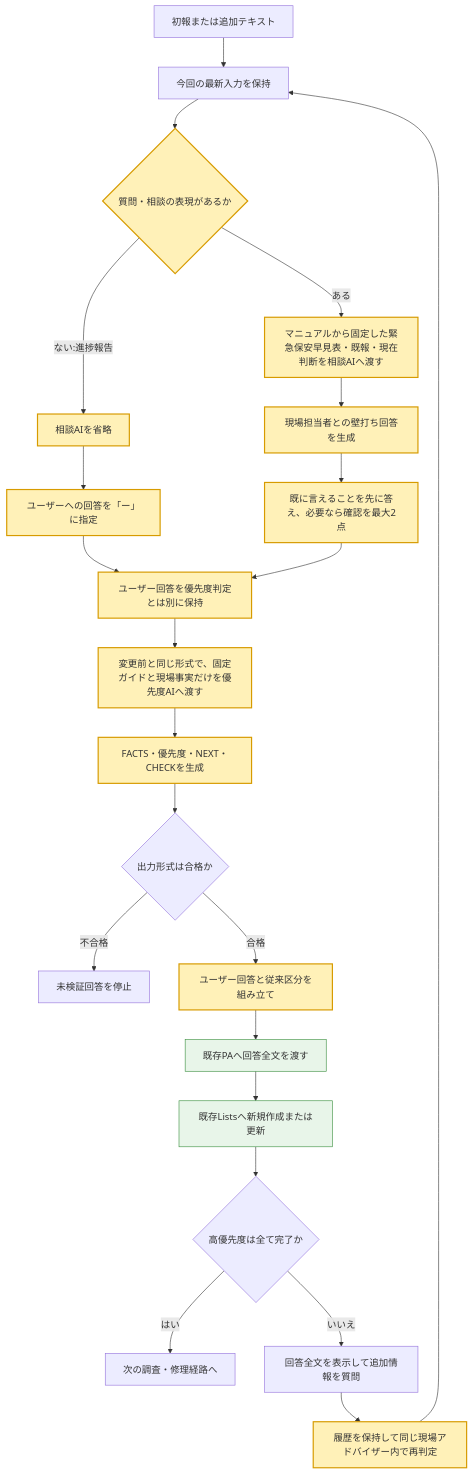
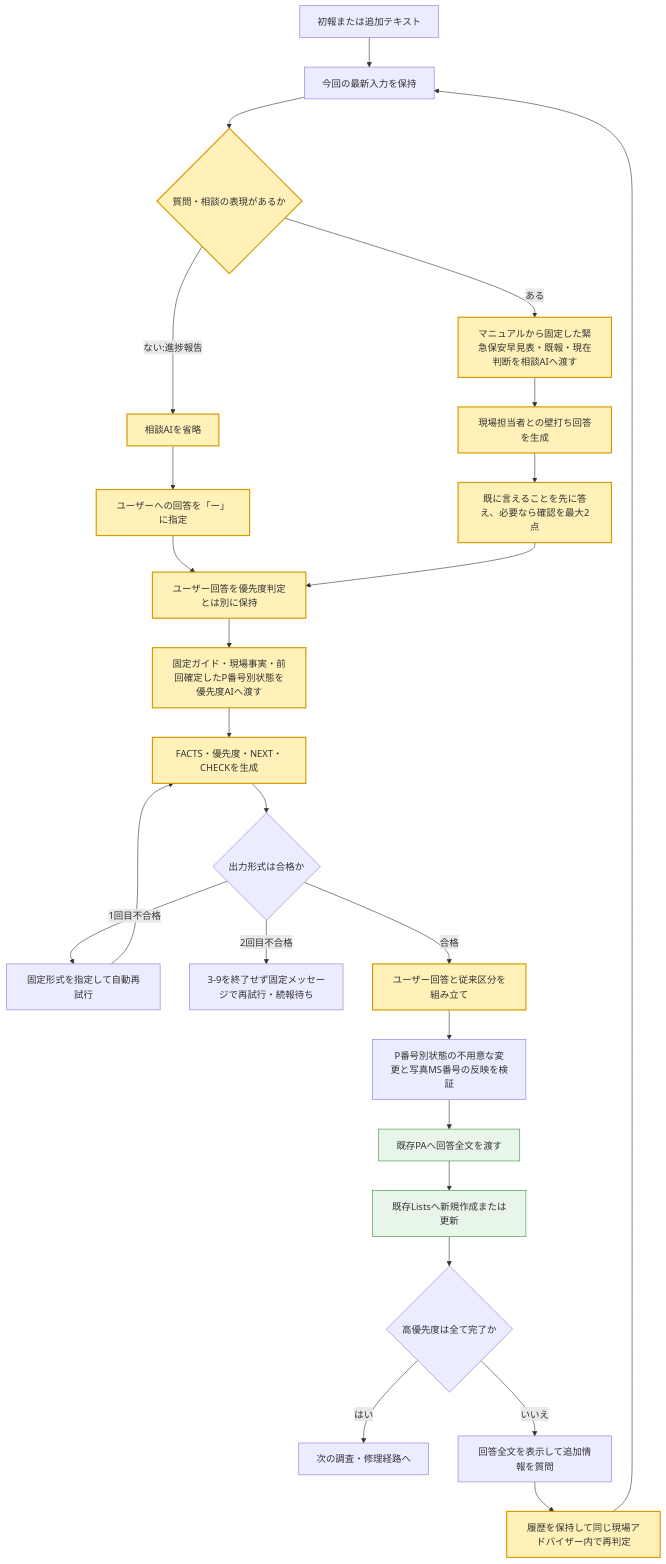
Before and after one commit to skuall555/TEST_COPA: the third of 6 diagrams in FIELD_CONSULT_IMAGE_FAST_20261116/変更前後フロー.md, drawn with Mermaid. The commit also changed other lines of this file and 16 other files, not shown here.

````diff
--- a/FIELD_CONSULT_IMAGE_FAST_20261116/変更前後フロー.md
+++ b/FIELD_CONSULT_IMAGE_FAST_20261116/変更前後フロー.md
@@ -64,29 +64,32 @@
 ```mermaid
 flowchart TD
     A[初報または追加テキスト] --> B[今回の最新入力を保持]
     B --> C{質問・相談の表現があるか}
     C -- ない:進捗報告 --> D[相談AIを省略]
     D --> E[ユーザーへの回答を「ー」に指定]
     C -- ある --> F[マニュアルから固定した緊急保安早見表・既報・現在判断を相談AIへ渡す]
     F --> G[現場担当者との壁打ち回答を生成]
     G --> H[既に言えることを先に答え、必要なら確認を最大2点]
     E --> J[ユーザー回答を優先度判定とは別に保持]
     H --> J
-    J --> K[変更前と同じ形式で、固定ガイドと現場事実だけを優先度AIへ渡す]
+    J --> K[固定ガイド・現場事実・前回確定したP番号別状態を優先度AIへ渡す]
     K --> U[FACTS・優先度・NEXT・CHECKを生成]
     U --> L{出力形式は合格か}
-    L -- 不合格 --> M[未検証回答を停止]
+    L -- 1回目不合格 --> M[固定形式を指定して自動再試行]
+    M --> U
+    L -- 2回目不合格 --> M2[3-9を終了せず固定メッセージで再試行・続報待ち]
     L -- 合格 --> N[ユーザー回答と従来区分を組み立て]
-    N --> O[既存PAへ回答全文を渡す]
+    N --> N2[P番号別状態の不用意な変更と写真MS番号の反映を検証]
+    N2 --> O[既存PAへ回答全文を渡す]
     O --> P[既存Listsへ新規作成または更新]
     P --> Q{高優先度は全て完了か}
     Q -- はい --> R[次の調査・修理経路へ]
     Q -- いいえ --> S[回答全文を表示して追加情報を質問]
     S --> T[履歴を保持して同じ現場アドバイザー内で再判定]
     T --> B
 
     classDef new fill:#fff1b8,stroke:#d79b00,stroke-width:2px;
     classDef same fill:#e8f5e9,stroke:#388e3c;
     class C,D,E,F,G,H,I,J,K,U,N,T new;
     class O,P same;
 ```
````
